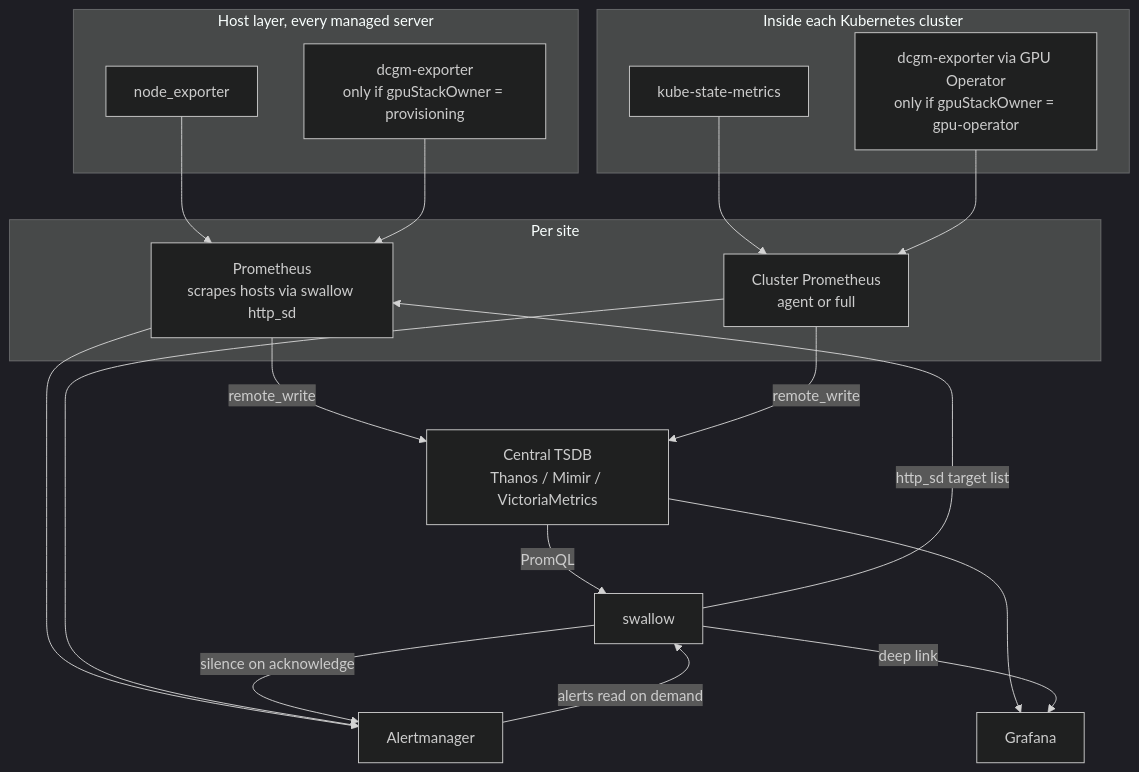
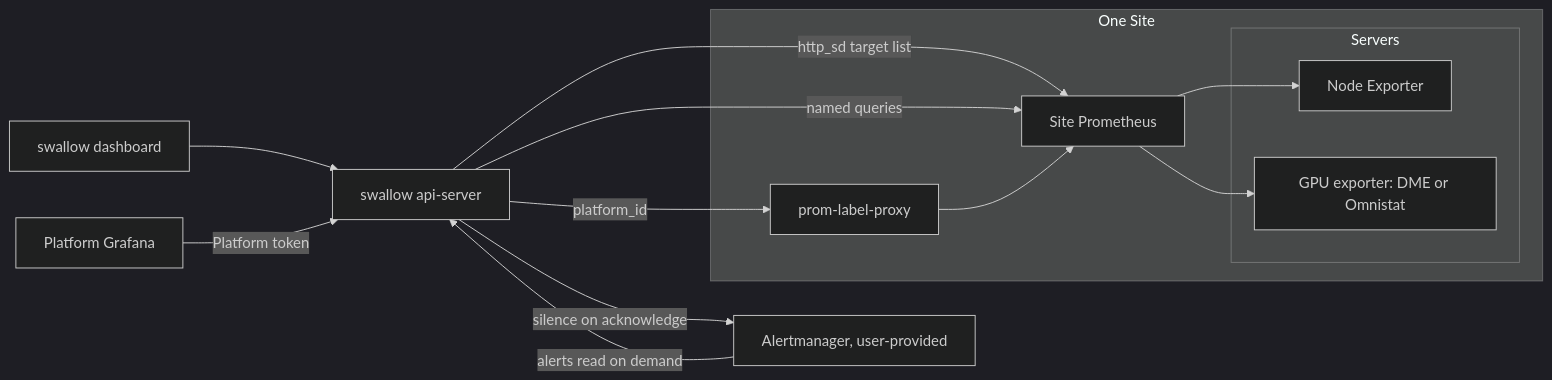
Before and after one commit to maple52046/swallow: the diagram in docs/decisions/003-metrics-label-contract.md, drawn with Mermaid (dark theme). The commit also changed other lines of this file and 7 other files, not shown here.

````diff
--- a/docs/decisions/003-metrics-label-contract.md
+++ b/docs/decisions/003-metrics-label-contract.md
@@ -49,37 +59,25 @@
 ```mermaid
-flowchart TB
-    subgraph hosts [Host layer, every managed server]
-        NE["node_exporter"]
-        DCGM["dcgm-exporter<br/>only if gpuStackOwner = provisioning"]
+flowchart LR
+  subgraph site [One Site]
+    subgraph hosts [Servers]
+      NE["Node Exporter"]
+      GPU["GPU exporter: DME or Omnistat"]
     end
-
-    subgraph incluster [Inside each Kubernetes cluster]
-        KSM["kube-state-metrics"]
-        OpDCGM["dcgm-exporter via GPU Operator<br/>only if gpuStackOwner = gpu-operator"]
-    end
-
-    subgraph site [Per site]
-        Prom["Prometheus<br/>scrapes hosts via swallow http_sd"]
-        ClusterProm["Cluster Prometheus<br/>agent or full"]
-    end
-
-    Central["Central TSDB<br/>Thanos / Mimir / VictoriaMetrics"]
-    AM["Alertmanager"]
-    Grafana["Grafana"]
-    Swallow["swallow"]
-
-    NE --> Prom
-    DCGM --> Prom
-    KSM --> ClusterProm
-    OpDCGM --> ClusterProm
-    Prom -->|remote_write| Central
-    ClusterProm -->|remote_write| Central
-    Swallow -->|http_sd target list| Prom
-    Central -->|PromQL| Swallow
-    Prom --> AM
-    ClusterProm --> AM
-    AM -->|"alerts read on demand"| Swallow
-    Swallow -->|"silence on acknowledge"| AM
-    Central --> Grafana
-    Swallow -->|deep link| Grafana
+    Prom["Site Prometheus"]
+    PLP["prom-label-proxy"]
+  end
+  Swallow["swallow api-server"]
+  Dashboard["swallow dashboard"]
+  PG["Platform Grafana"]
+  AM["Alertmanager, user-provided"]
+  Swallow -->|"http_sd target list"| Prom
+  Prom --> NE
+  Prom --> GPU
+  Dashboard --> Swallow
+  Swallow -->|"named queries"| Prom
+  PG -->|"Platform token"| Swallow
+  Swallow -->|"platform_id"| PLP
+  PLP --> Prom
+  AM -->|"alerts read on demand"| Swallow
+  Swallow -->|"silence on acknowledge"| AM
 ```
````
